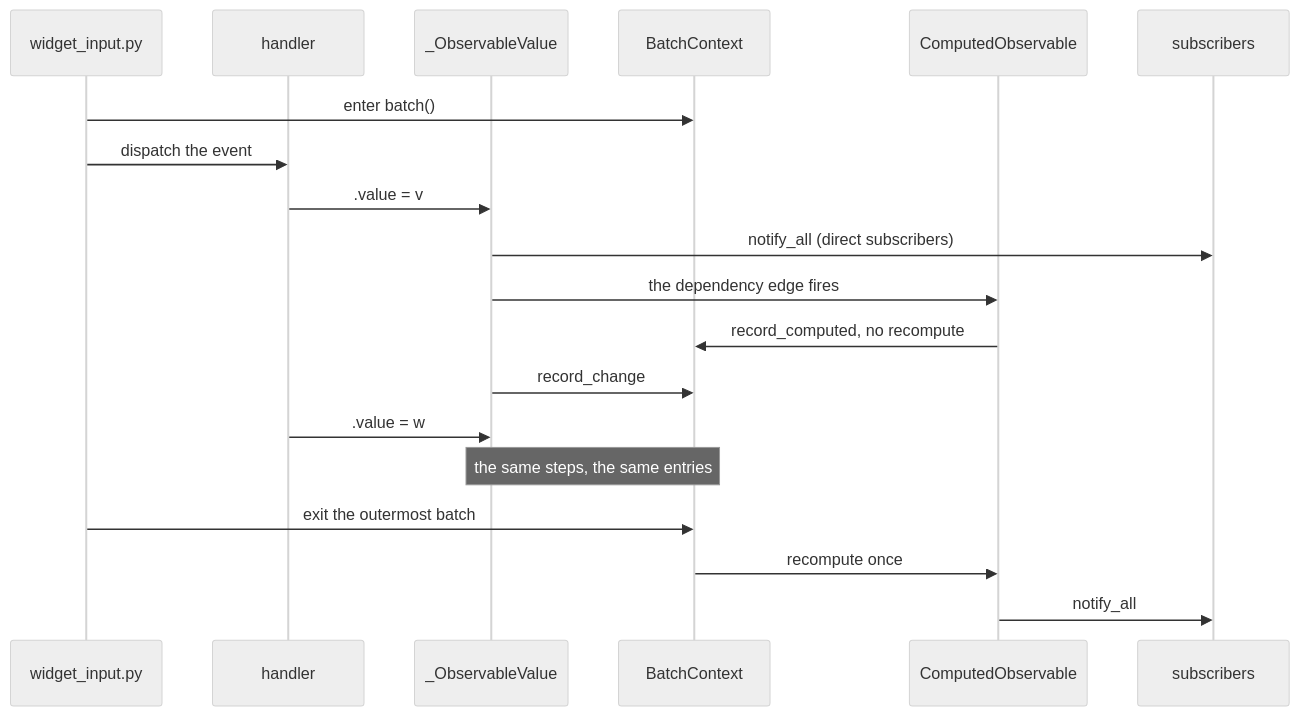
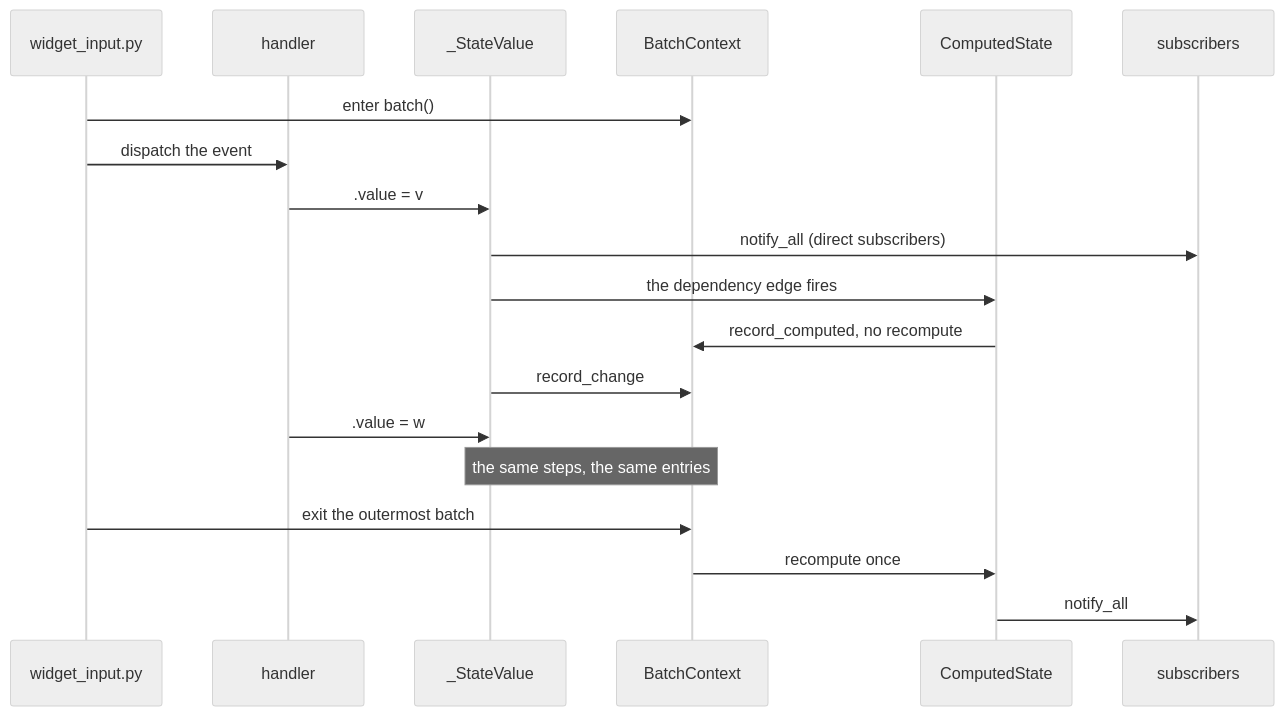
The third of 8 diagrams in docs/design/OBSERVABLE.md (yuksblog/nuiitivet), drawn with Mermaid (neutral theme) before and after one commit. The commit also changed other lines of this file and 77 other files, not shown here.

````diff
--- a/docs/design/OBSERVABLE.md
+++ b/docs/design/OBSERVABLE.md
@@ -90,22 +90,22 @@
 ```mermaid
 sequenceDiagram
     participant I as widget_input.py
     participant H as handler
-    participant V as _ObservableValue
+    participant V as _StateValue
     participant B as BatchContext
-    participant D as ComputedObservable
+    participant D as ComputedState
     participant S as subscribers
 
     I->>B: enter batch()
     I->>H: dispatch the event
     H->>V: .value = v
     V->>S: notify_all (direct subscribers)
     V->>D: the dependency edge fires
     D->>B: record_computed, no recompute
     V->>B: record_change
     H->>V: .value = w
     Note over V,B: the same steps, the same entries
     I->>B: exit the outermost batch
     B->>D: recompute once
     D->>S: notify_all
 ```
````
